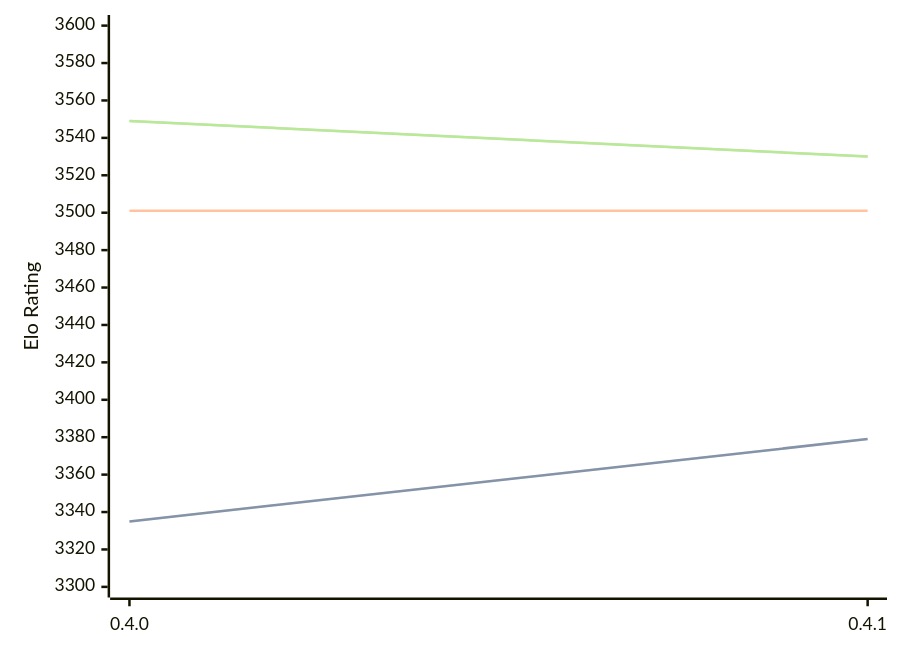
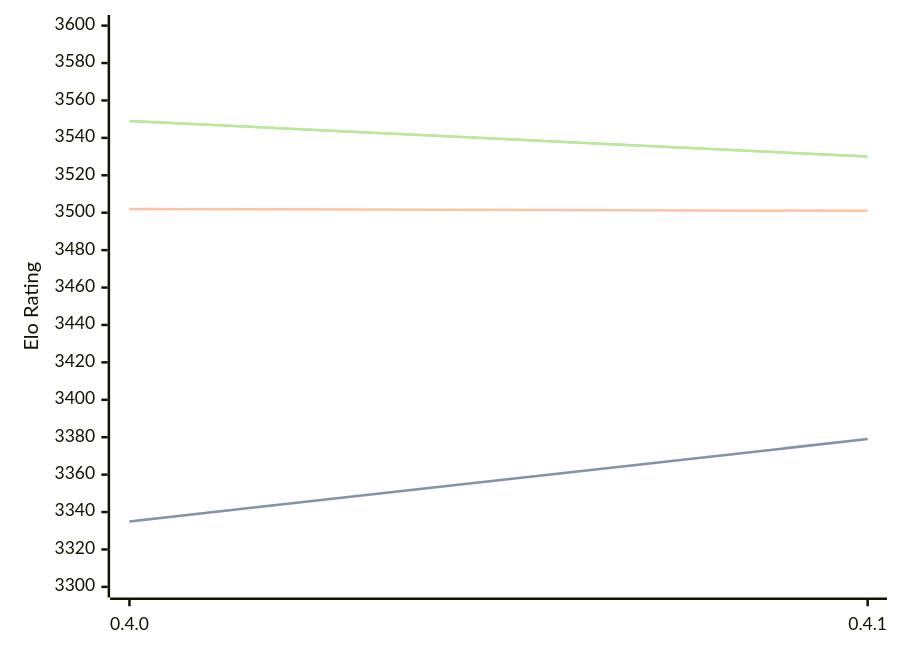
One commit to computer-chess-index/cci changed the diagram in engines/Cinder.md. Above: the diagram before and after it, drawn with Mermaid. The commit also changed other lines of this file, not shown here.

````diff
--- a/engines/Cinder.md
+++ b/engines/Cinder.md
@@ -40,11 +40,11 @@
 ```mermaid
 %%{init: {"theme":"base","themeVariables":{"seriesColors:['#a3a3a3','#222221','#faa371']}}}%%
 xychart-beta
   x-axis ["0.4.0", "0.4.1"]
   y-axis "Elo Rating" 3300 --> 3600
   line "STC (8.0+0.08s)" [3335, 3379]
   line "STC (8.0+0.08s)" [3335, 3379]
-  line "LTC (60.0+0.60s)" [3501, 3501]
+  line "LTC (60.0+0.60s)" [3502, 3501]
   line "VLTC (2m24s+1.12s)" [3549, 3530]
   line "VLTC (2m24s+1.12s)" [3549, 3530]
 ```
````
